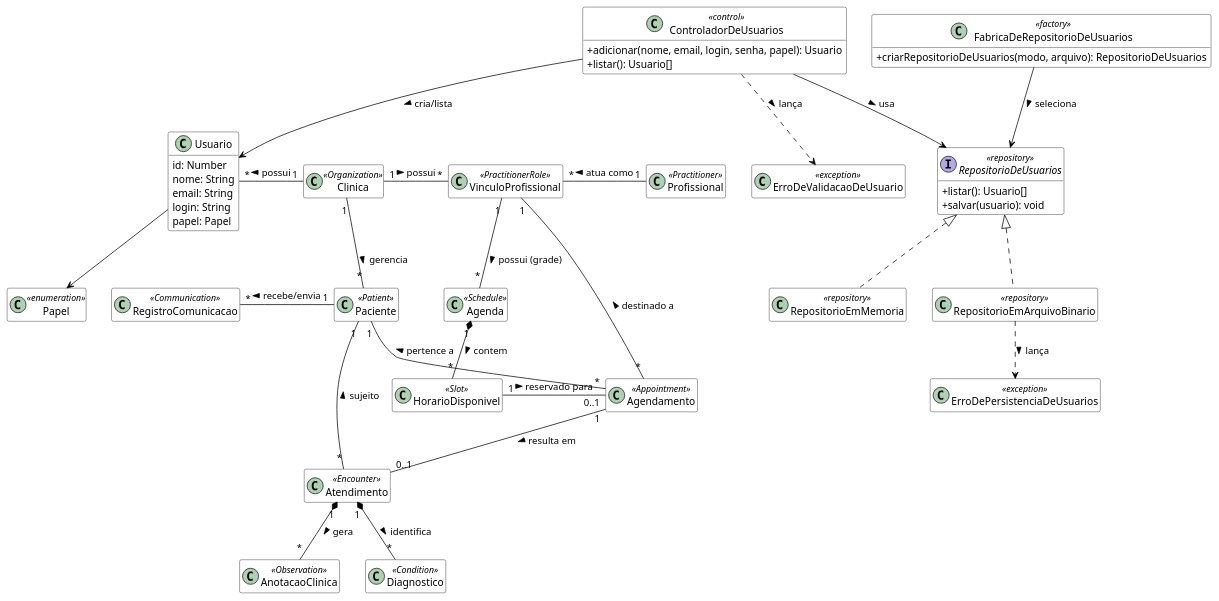
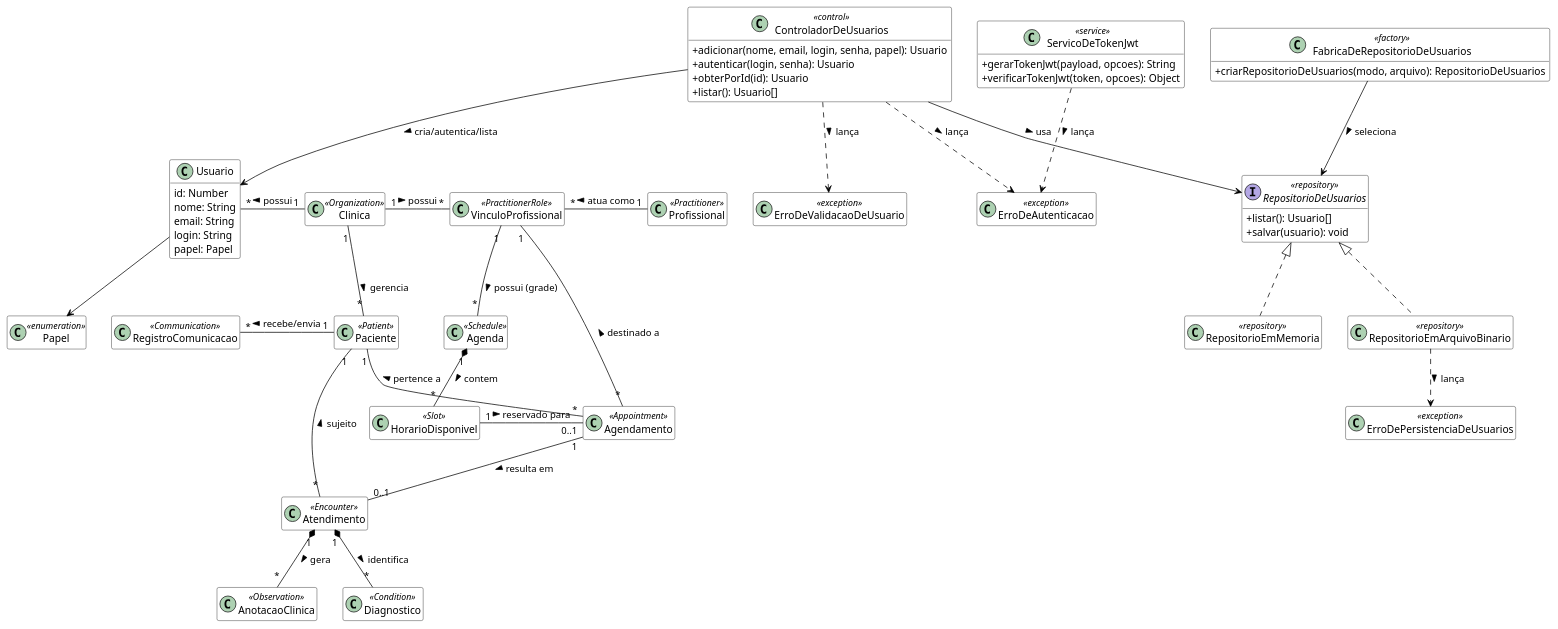
Before and after one commit to beatrizmontenegro07/projeto-metodos: the diagram in docs/relatorio/codigos/classes-de-analise.puml, drawn with PlantUML. The commit also changed 10 other files, not shown here.

First line of the commit message:
feat(auth): implementar rotas de login, autenticação JWT e controle de acesso RBAC

```diff
--- a/docs/relatorio/codigos/classes-de-analise.puml
+++ b/docs/relatorio/codigos/classes-de-analise.puml
@@ -1,89 +1,98 @@
 @startuml
 skinparam classAttributeIconSize 0
 hide empty methods
 hide empty attributes
 skinparam class {
     BackgroundColor White
     ArrowColor Black
     BorderColor Black
 }
 
 ' Entidades Principais e Administrativas
 class Clinica <<Organization>>
 class Usuario {
   id: Number
   nome: String
   email: String
   login: String
   papel: Papel
 }
 class Papel <<enumeration>>
 class Paciente <<Patient>>
 class Profissional <<Practitioner>>
 class VinculoProfissional <<PractitionerRole>>
 
-' Controle, validação e persistência de usuários
+' Controle, validação, autenticação e persistência de usuários
 class ControladorDeUsuarios <<control>> {
   +adicionar(nome, email, login, senha, papel): Usuario
+  +autenticar(login, senha): Usuario
+  +obterPorId(id): Usuario
   +listar(): Usuario[]
+}
+class ServicoDeTokenJwt <<service>> {
+  +gerarTokenJwt(payload, opcoes): String
+  +verificarTokenJwt(token, opcoes): Object
 }
 interface RepositorioDeUsuarios <<repository>> {
   +listar(): Usuario[]
   +salvar(usuario): void
 }
 class RepositorioEmMemoria <<repository>>
 class RepositorioEmArquivoBinario <<repository>>
 class FabricaDeRepositorioDeUsuarios <<factory>> {
   +criarRepositorioDeUsuarios(modo, arquivo): RepositorioDeUsuarios
 }
 class ErroDeValidacaoDeUsuario <<exception>>
 class ErroDePersistenciaDeUsuarios <<exception>>
+class ErroDeAutenticacao <<exception>>
 
 ' Entidades de Agendamento (Módulo Ambulatorial)
 class Agenda <<Schedule>>
 class HorarioDisponivel <<Slot>>
 class Agendamento <<Appointment>>
 
 ' Entidades de Relacionamento (CRM)
 class RegistroComunicacao <<Communication>>
 
 ' Entidades Clínicas Básicas
 class Atendimento <<Encounter>>
 class AnotacaoClinica <<Observation>>
 class Diagnostico <<Condition>>
 
 ' Relacionamentos Estruturais
 Clinica "1" -down- "*" Paciente : gerencia >
 Clinica "1" -right- "*" VinculoProfissional : possui >
 Profissional "1" -left- "*" VinculoProfissional : atua como >
 Clinica "1" -left- "*" Usuario : possui >
 Usuario --> Papel
 
-' Validação e persistência da Sprint 02
-ControladorDeUsuarios --> Usuario : cria/lista >
+' Validação, autenticação e persistência
+ControladorDeUsuarios --> Usuario : cria/autentica/lista >
 ControladorDeUsuarios --> RepositorioDeUsuarios : usa >
 ControladorDeUsuarios ..> ErroDeValidacaoDeUsuario : lança >
+ControladorDeUsuarios ..> ErroDeAutenticacao : lança >
+ServicoDeTokenJwt ..> ErroDeAutenticacao : lança >
 RepositorioDeUsuarios <|.. RepositorioEmMemoria
 RepositorioDeUsuarios <|.. RepositorioEmArquivoBinario
 RepositorioEmArquivoBinario ..> ErroDePersistenciaDeUsuarios : lança >
 FabricaDeRepositorioDeUsuarios --> RepositorioDeUsuarios : seleciona >
 
 ' Relacionamentos de CRM e Comunicação
 Paciente "1" -left- "*" RegistroComunicacao : recebe/envia >
 
 ' Relacionamentos de Agendamento (Baseado na Grade Ambulatorial)
 VinculoProfissional "1" -down- "*" Agenda : possui (grade) >
 Agenda "1" *-down- "*" HorarioDisponivel : contem >
 HorarioDisponivel "1" -right- "0..1" Agendamento : reservado para >
 Agendamento "*" -up- "1" Paciente : pertence a >
 Agendamento "*" -up- "1" VinculoProfissional : destinado a >
 
 ' Relacionamentos do Encontro Clínico
 Agendamento "1" -down- "0..1" Atendimento : resulta em >
 Atendimento "*" -up- "1" Paciente : sujeito >
 
 ' Relacionamentos de Desfecho Clínico
 Atendimento "1" *-down- "*" AnotacaoClinica : gera >
 Atendimento "1" *-down- "*" Diagnostico : identifica >
 
 @enduml
```
